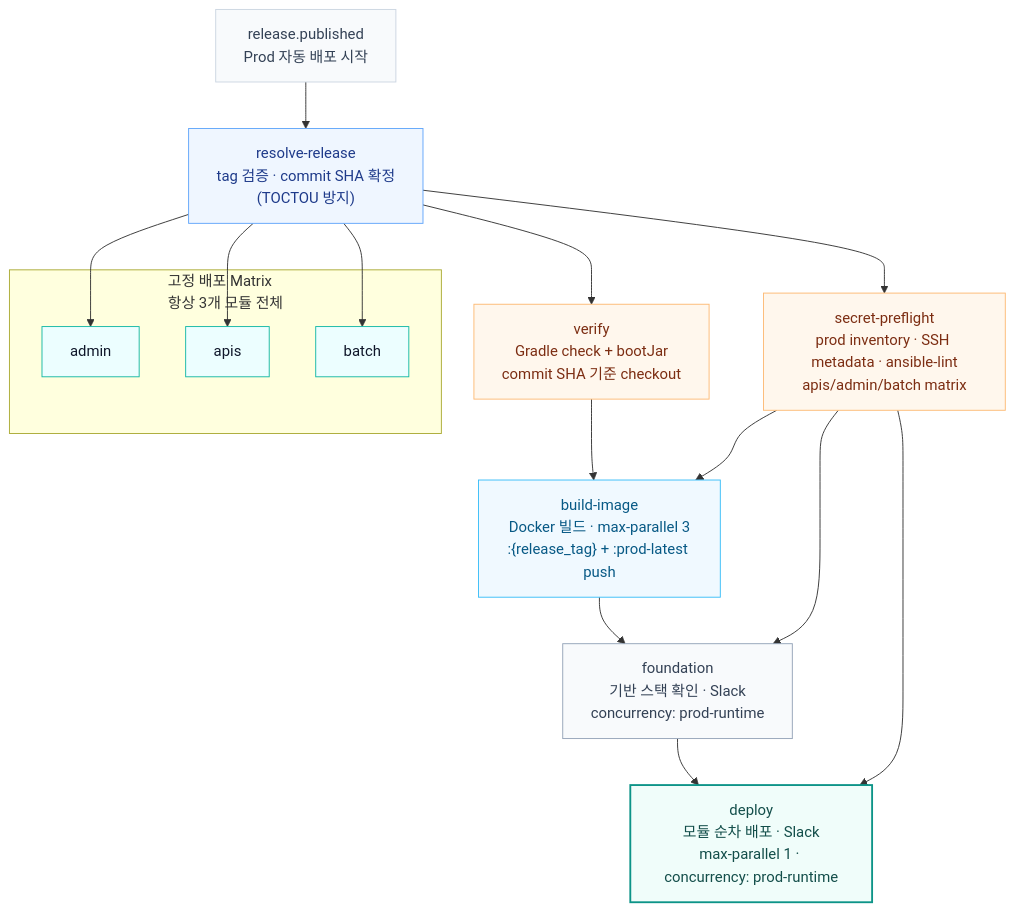
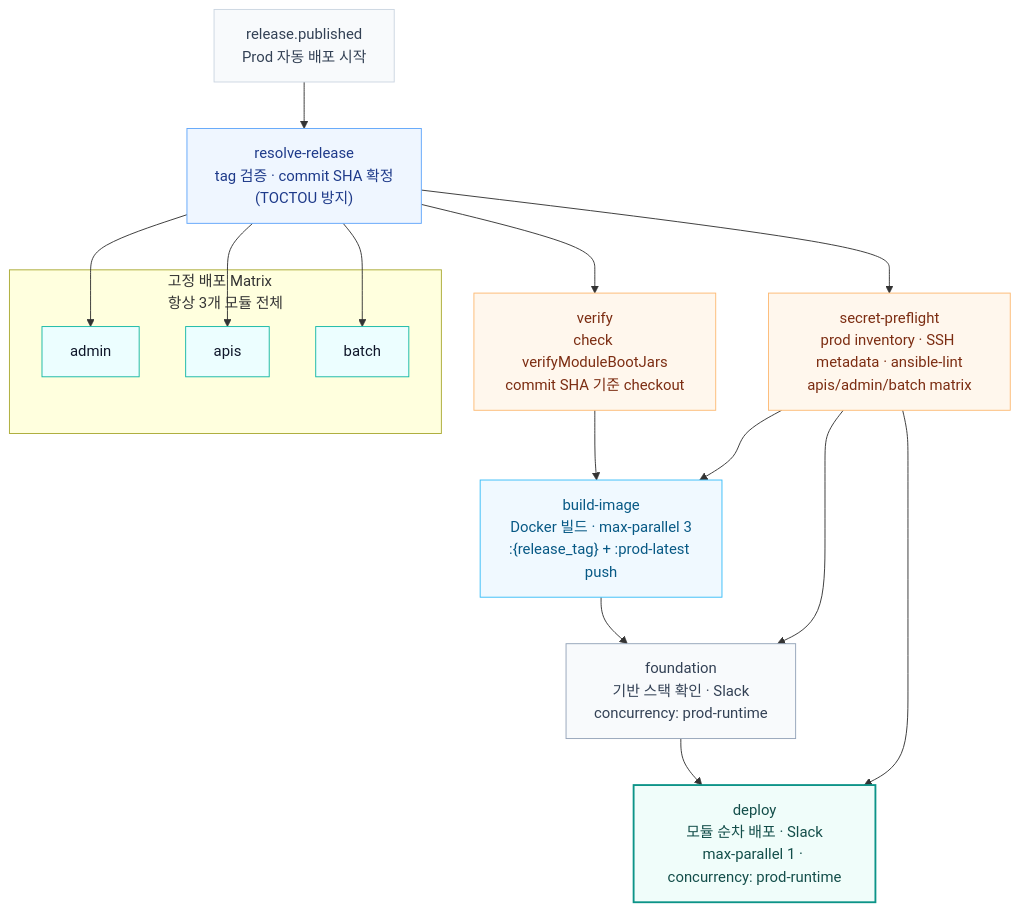
The seventh of 14 diagrams in infra/README.md (TEAM-BEAT/BEAT-SERVER), drawn with Mermaid before and after one commit.

Commit message:
docs: prod verify 단계 용어를 실제 Gradle 태스크와 맞춘다

````diff
--- a/infra/README.md
+++ b/infra/README.md
@@ -584,41 +584,41 @@
 ```mermaid
 flowchart TB
     Trigger["release.published<br/>Prod 자동 배포 시작"]:::event
 
     Resolve["resolve-release<br/>tag 검증 · commit SHA 확정<br/>(TOCTOU 방지)"]:::step
 
     subgraph FIXED["고정 배포 Matrix<br/>항상 3개 모듈 전체"]
         Admin["admin"]:::matrix
         APIs["apis"]:::matrix
         Batch["batch"]:::matrix
     end
 
-    Verify["verify<br/>Gradle check + bootJar<br/>commit SHA 기준 checkout"]:::verify
+    Verify["verify<br/>check verifyModuleBootJars<br/>commit SHA 기준 checkout"]:::verify
 
     SecretPreflight["secret-preflight<br/>prod inventory · SSH metadata · ansible-lint<br/>apis/admin/batch matrix"]:::verify
 
     Build["build-image<br/>Docker 빌드 · max-parallel 3<br/>:{release_tag} + :prod-latest push"]:::build
 
     Foundation["foundation<br/>기반 스택 확인 · Slack<br/>concurrency: prod-runtime"]:::infra
 
     Deploy["deploy<br/>모듈 순차 배포 · Slack<br/>max-parallel 1 · concurrency: prod-runtime"]:::deploy
 
     Trigger --> Resolve
     Resolve --> Admin & APIs & Batch
     Resolve --> Verify
     Resolve --> SecretPreflight
     Verify --> Build
     SecretPreflight --> Build
     SecretPreflight --> Foundation
     SecretPreflight --> Deploy
     Build --> Foundation
     Foundation --> Deploy
 
     classDef event fill:#F8FAFC,stroke:#CBD5E1,stroke-width:1px,color:#334155
     classDef step fill:#EFF6FF,stroke:#60A5FA,stroke-width:1px,color:#1E3A8A
     classDef matrix fill:#ECFEFF,stroke:#14B8A6,stroke-width:1px,color:#0F172A
     classDef verify fill:#FFF7ED,stroke:#FDBA74,stroke-width:1px,color:#7C2D12
     classDef build fill:#F0F9FF,stroke:#38BDF8,stroke-width:1px,color:#075985
     classDef infra fill:#F8FAFC,stroke:#94A3B8,stroke-width:1px,color:#334155
     classDef deploy fill:#F0FDFA,stroke:#0D9488,stroke-width:2px,color:#134E4A
 ```
````
